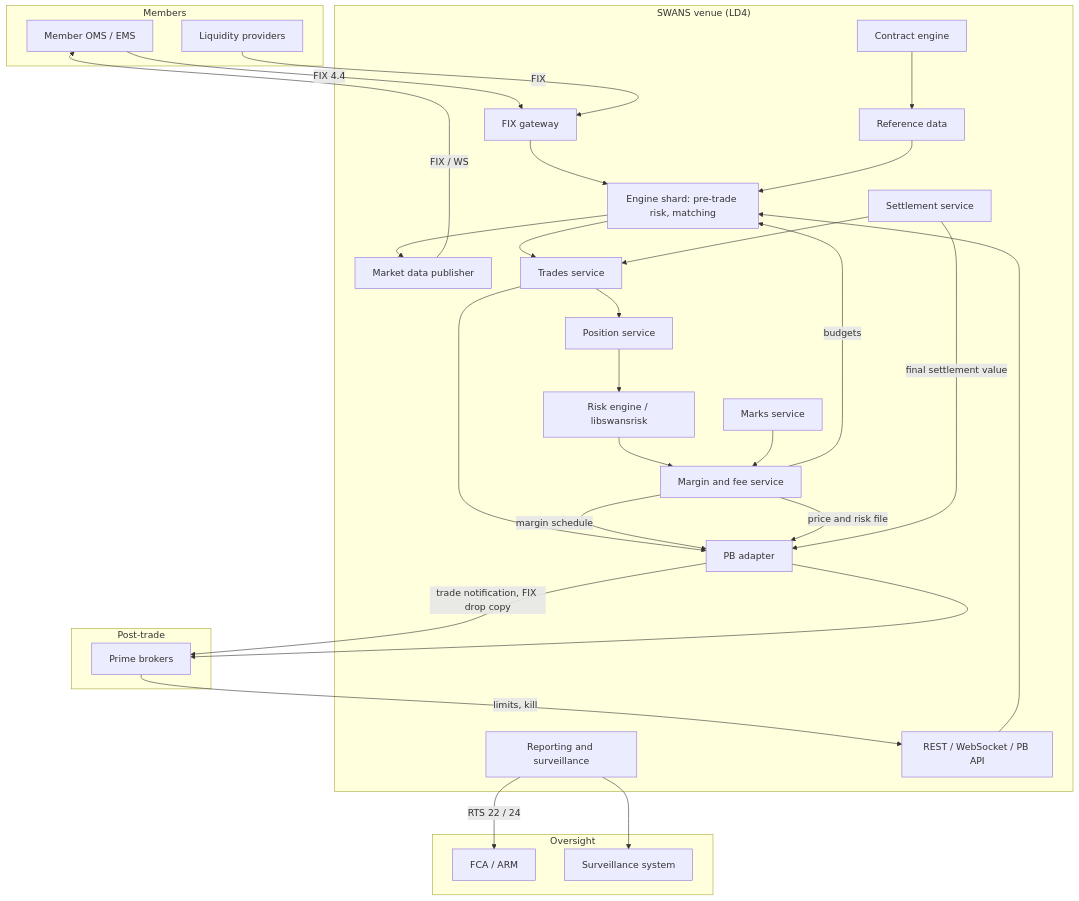
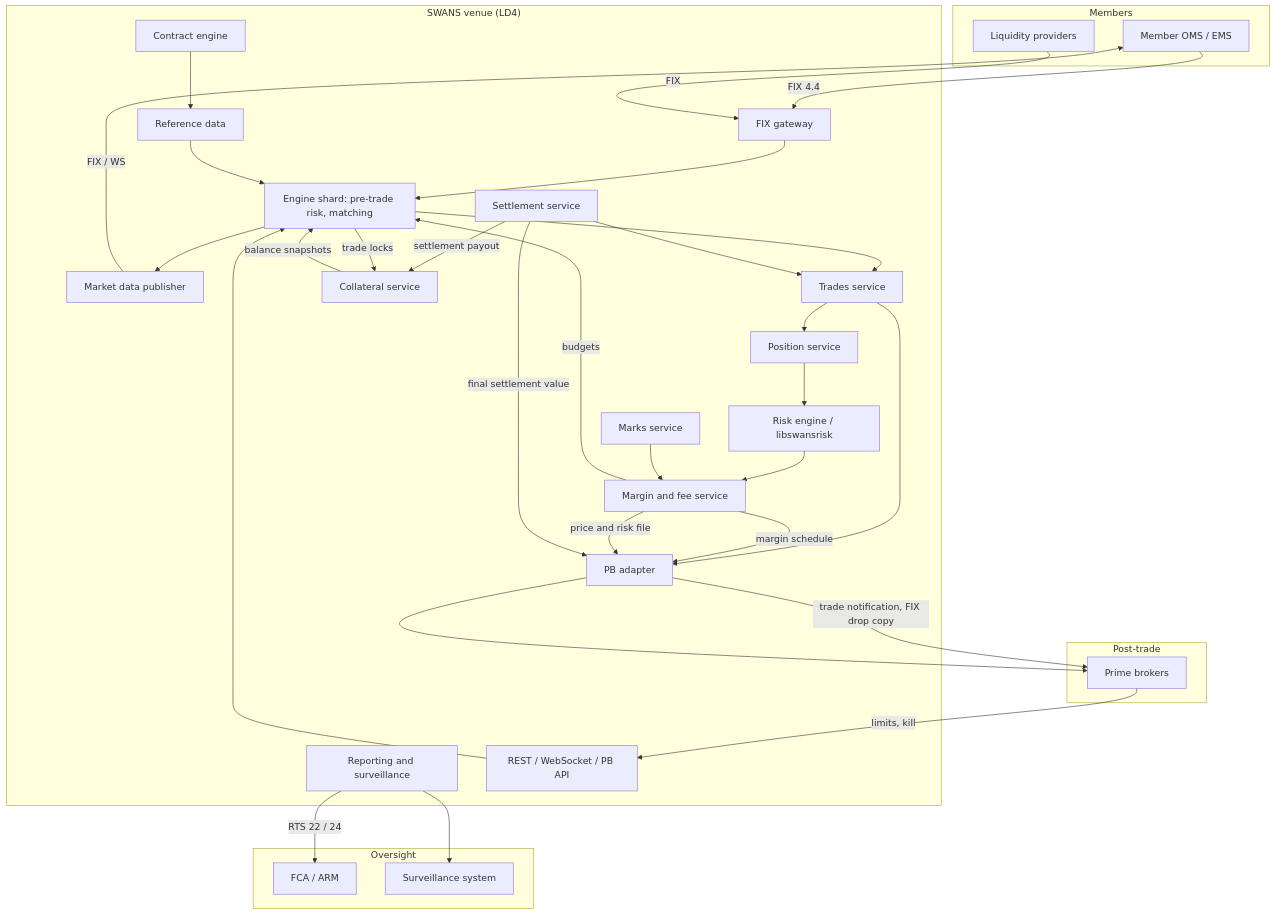
The first of 7 diagrams in docs/diagrams.md (LevonDerma1221/swans-docs), drawn with Mermaid before and after one commit. The commit also changed other lines of this file and 10 other files, not shown here.

First line of the commit message:
Collateral service + 24/7 trading: dual-mode clearing model

````diff
--- a/docs/diagrams.md
+++ b/docs/diagrams.md
@@ -7,45 +7,49 @@
 ```mermaid
 flowchart TB
   subgraph Members
     OMS[Member OMS / EMS]
     LP[Liquidity providers]
   end
   subgraph SWANS["SWANS venue (LD4)"]
     GW[FIX gateway]
     ENG["Engine shard: pre-trade risk, matching"]
     MD[Market data publisher]
     TR[Trades service]
     POS[Position service]
     MK[Marks service]
     RISK[Risk engine / libswansrisk]
     MGN[Margin and fee service]
     SET[Settlement service]
     CE[Contract engine]
     REF[Reference data]
     REP[Reporting and surveillance]
     API[REST / WebSocket / PB API]
     PBA[PB adapter]
+    COL[Collateral service]
   end
   subgraph Post-trade
     PB[Prime brokers]
   end
   subgraph Oversight
     FCA[FCA / ARM]
     SURV[Surveillance system]
   end
   OMS -->|FIX 4.4| GW --> ENG --> MD -->|FIX / WS| OMS
   LP -->|FIX| GW
   ENG --> TR --> PBA -->|trade notification, FIX drop copy| PB
   TR --> POS --> RISK --> MGN
   MK --> MGN
   MGN -->|budgets| ENG
   MGN -->|margin schedule| PBA
   MGN -->|price and risk file| PBA
   PBA --> PB
   SET --> TR
   SET -->|final settlement value| PBA
+  SET -->|settlement payout| COL
+  COL -->|balance snapshots| ENG
+  ENG -->|trade locks| COL
   CE --> REF --> ENG
   PB -->|limits, kill| API --> ENG
   REP -->|RTS 22 / 24| FCA
   REP --> SURV
 ```
````
